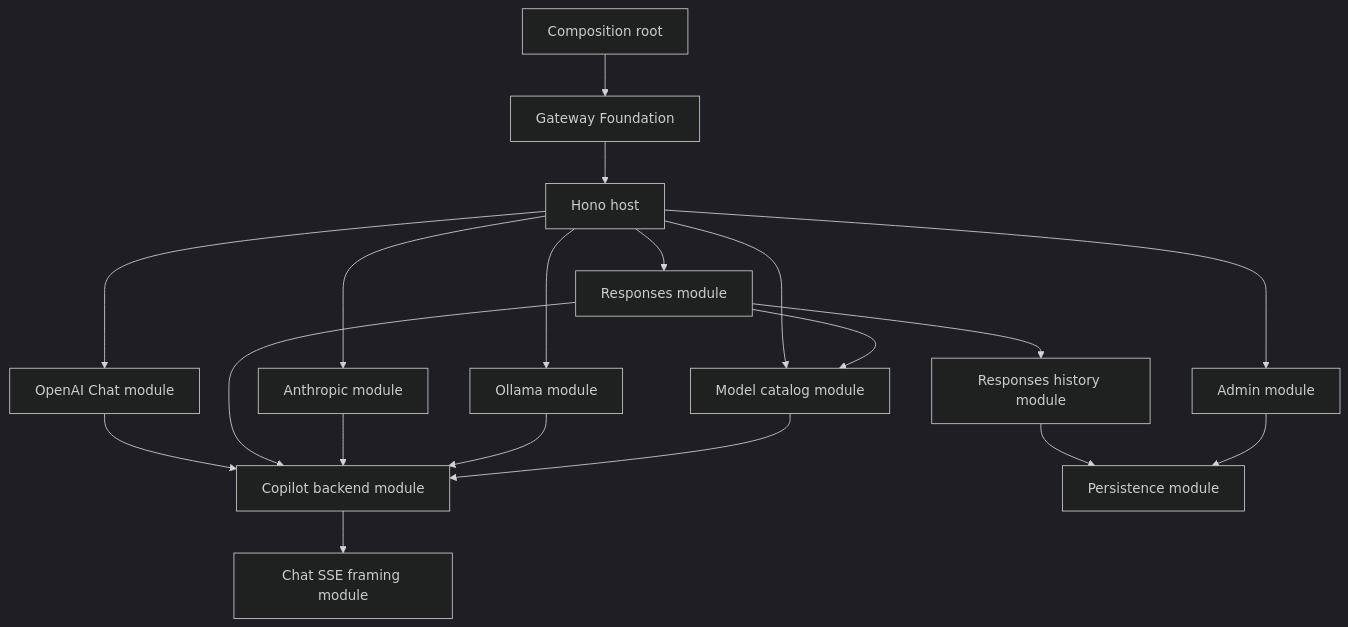
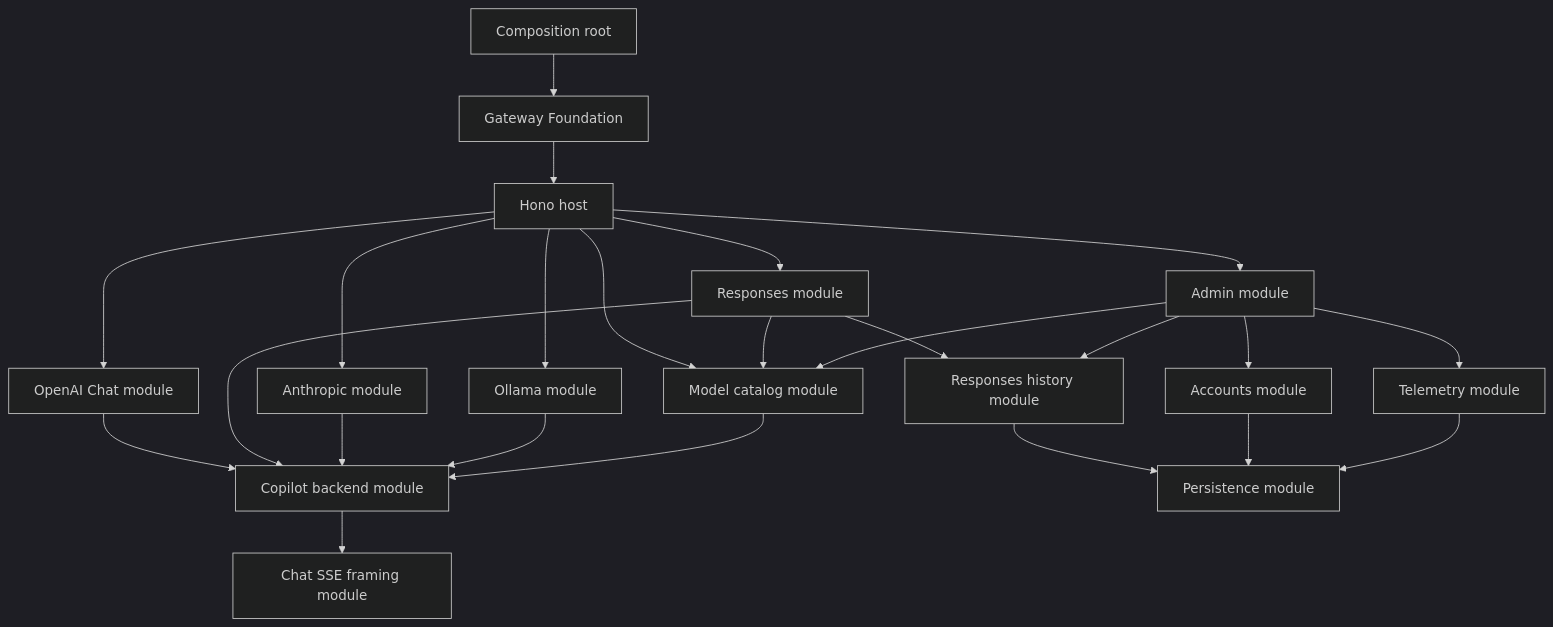
The second of 2 diagrams in docs/architecture.md (ljie-PI/ghcp-ollama), drawn with Mermaid (dark theme) before and after one commit. The commit also changed other lines of this file and 1 other file, not shown here.

First line of the commit message:
Clarify Admin module architecture (#71)

````diff
--- a/docs/architecture.md
+++ b/docs/architecture.md
@@ -213,35 +218,42 @@
 ```mermaid
 flowchart TD
     Main[Composition root]
     Gateway[Gateway Foundation]
     Http[Hono host]
     OpenAI[OpenAI Chat module]
     Responses[Responses module]
     Anthropic[Anthropic module]
     Ollama[Ollama module]
     Models[Model catalog module]
     Copilot[Copilot backend module]
     Stream[Chat SSE framing module]
     History[Responses history module]
     Persistence[Persistence module]
     Admin[Admin module]
+    Accounts[Accounts module]
+    Telemetry[Telemetry module]
 
     Main --> Gateway
     Gateway --> Http
     Http --> OpenAI
     Http --> Responses
     Http --> Anthropic
     Http --> Ollama
     Http --> Models
     Http --> Admin
     OpenAI --> Copilot
     Responses --> Copilot
     Anthropic --> Copilot
     Ollama --> Copilot
     Responses --> History
     Responses --> Models
     Models --> Copilot
     Copilot --> Stream
     History --> Persistence
-    Admin --> Persistence
+    Accounts --> Persistence
+    Telemetry --> Persistence
+    Admin --> Accounts
+    Admin --> Models
+    Admin --> History
+    Admin --> Telemetry
 ```
````
